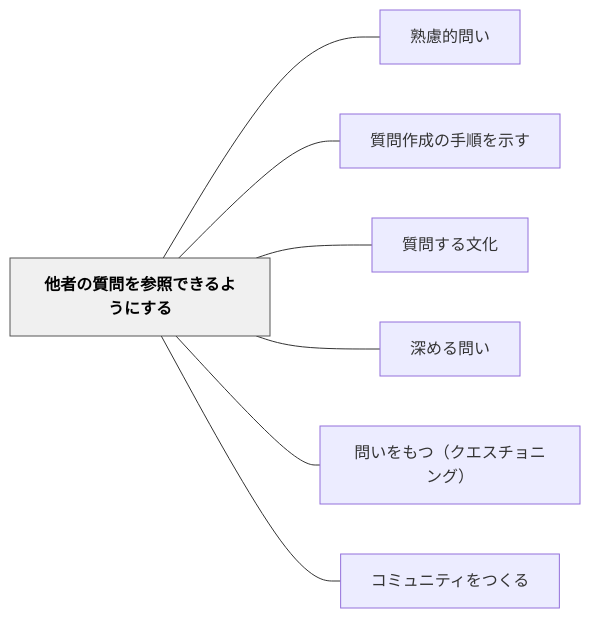
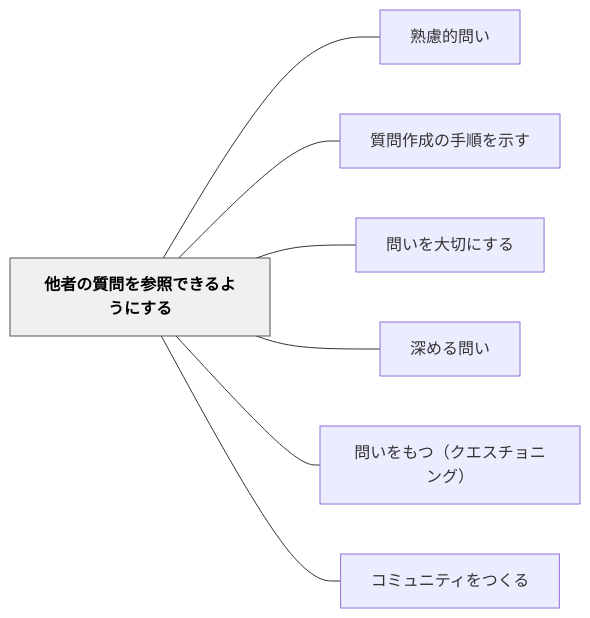
The diagram in content/パタン/他者の質問を参照できるようにする.md (unknownthings-ed-patterns/unknownthings-ed-patterns), drawn with Mermaid before and after one commit. The commit also changed other lines of this file and 9 other files, not shown here.

````diff
--- a/content/パタン/他者の質問を参照できるようにする.md
+++ b/content/パタン/他者の質問を参照できるようにする.md
@@ -43,20 +43,20 @@
 ```mermaid
 flowchart LR
     ne4bb96e88085e381aee8b3aae5958fe38292e58f82e785a7e381a7e3818de3828be38288e38186e381abe38199e3828b["他者の質問を参照できるようにする"]
     ne7869fe685aee79a84e5958fe38184["熟慮的問い"]
     ne8b3aae5958fe4bd9ce68890e381aee6898be9a086e38292e7a4bae38199["質問作成の手順を示す"]
-    ne8b3aae5958fe38199e3828be69687e58c96["質問する文化"]
+    ne5958fe38184e38292e5a4a7e58887e381abe38199e3828b["問いを大切にする"]
     ne6b7b1e38281e3828be5958fe38184["深める問い"]
     ne5958fe38184e38292e38282e381a4efbc88e382afe382a8e382b9e38381e383a7e3838be383b3e382b0efbc89["問いをもつ（クエスチョニング）"]
     ne382b3e3839fe383a5e3838be38386e382a3e38292e381a4e3818fe3828b["コミュニティをつくる"]
 
     ne4bb96e88085e381aee8b3aae5958fe38292e58f82e785a7e381a7e3818de3828be38288e38186e381abe38199e3828b --- ne7869fe685aee79a84e5958fe38184
     ne4bb96e88085e381aee8b3aae5958fe38292e58f82e785a7e381a7e3818de3828be38288e38186e381abe38199e3828b --- ne8b3aae5958fe4bd9ce68890e381aee6898be9a086e38292e7a4bae38199
-    ne4bb96e88085e381aee8b3aae5958fe38292e58f82e785a7e381a7e3818de3828be38288e38186e381abe38199e3828b --- ne8b3aae5958fe38199e3828be69687e58c96
+    ne4bb96e88085e381aee8b3aae5958fe38292e58f82e785a7e381a7e3818de3828be38288e38186e381abe38199e3828b --- ne5958fe38184e38292e5a4a7e58887e381abe38199e3828b
     ne4bb96e88085e381aee8b3aae5958fe38292e58f82e785a7e381a7e3818de3828be38288e38186e381abe38199e3828b --- ne6b7b1e38281e3828be5958fe38184
     ne4bb96e88085e381aee8b3aae5958fe38292e58f82e785a7e381a7e3818de3828be38288e38186e381abe38199e3828b --- ne5958fe38184e38292e38282e381a4efbc88e382afe382a8e382b9e38381e383a7e3838be383b3e382b0efbc89
     ne4bb96e88085e381aee8b3aae5958fe38292e58f82e785a7e381a7e3818de3828be38288e38186e381abe38199e3828b --- ne382b3e3839fe383a5e3838be38386e382a3e38292e381a4e3818fe3828b
 
     classDef hub fill:#f0f0f0,stroke:#555,color:#000,font-weight:bold
     class ne4bb96e88085e381aee8b3aae5958fe38292e58f82e785a7e381a7e3818de3828be38288e38186e381abe38199e3828b hub
 ```
````
